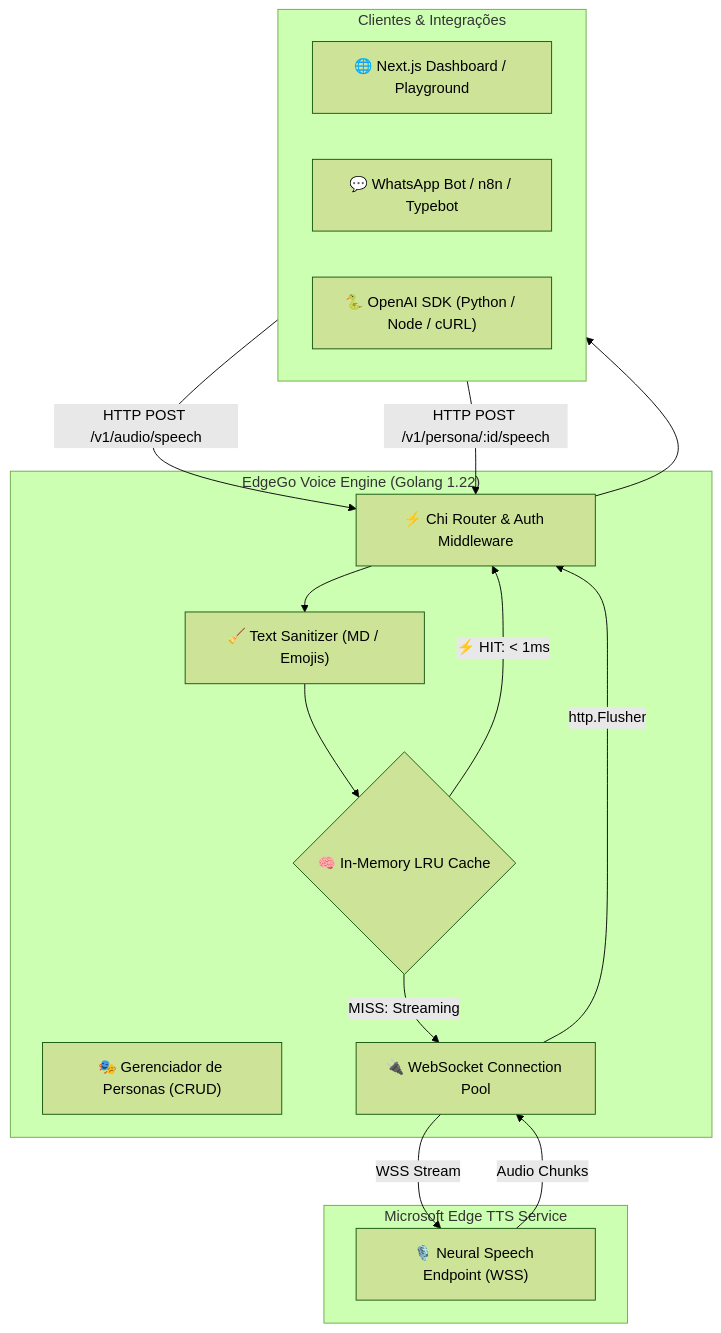
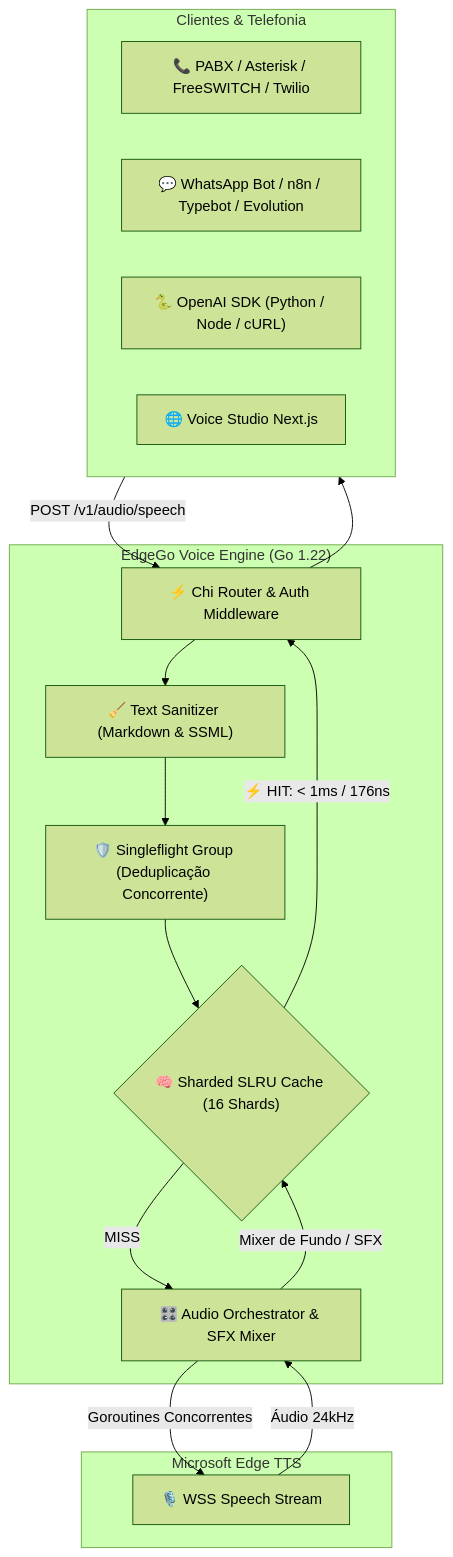
Before and after one commit to LuanAmaro/edgego-voice: the diagram in README.md, drawn with Mermaid (forest theme). The commit also changed other lines of this file and 2 other files, not shown here.

Commit message:
feat: implement high-performance SLRU cache with singleflight and update project documentation

````diff
--- a/README.md
+++ b/README.md
@@ -48,31 +100,32 @@
 ```mermaid
 flowchart TD
-    subgraph Clients ["Clientes & Integrações"]
-        UI["🌐 Next.js Dashboard / Playground"]
-        Bot["💬 WhatsApp Bot / n8n / Typebot"]
+    subgraph Clients ["Clientes & Telefonia"]
+        SIP["📞 PABX / Asterisk / FreeSWITCH / Twilio"]
+        Bot["💬 WhatsApp Bot / n8n / Typebot / Evolution"]
         SDK["🐍 OpenAI SDK (Python / Node / cURL)"]
+        UI["🌐 Voice Studio Next.js"]
     end
 
-    subgraph EdgeGo ["EdgeGo Voice Engine (Golang 1.22)"]
+    subgraph EdgeGo ["EdgeGo Voice Engine (Go 1.22)"]
         Router["⚡ Chi Router & Auth Middleware"]
-        Cache{"🧠 In-Memory LRU Cache"}
-        Personas["🎭 Gerenciador de Personas (CRUD)"]
-        Pool["🔌 WebSocket Connection Pool"]
-        Cleaner["🧹 Text Sanitizer (MD / Emojis)"]
+        SF["🛡️ Singleflight Group (Deduplicação Concorrente)"]
+        SLRU{"🧠 Sharded SLRU Cache (16 Shards)"}
+        Orchestrator["🎛️ Audio Orchestrator & SFX Mixer"]
+        Cleaner["🧹 Text Sanitizer (Markdown & SSML)"]
     end
 
-    subgraph Cloud ["Microsoft Edge TTS Service"]
-        MS["🎙️ Neural Speech Endpoint (WSS)"]
+    subgraph External ["Microsoft Edge TTS"]
+        WSS["🎙️ WSS Speech Stream"]
     end
 
-    Clients -->|HTTP POST /v1/audio/speech| Router
-    Clients -->|HTTP POST /v1/persona/:id/speech| Router
+    Clients -->|POST /v1/audio/speech| Router
     Router --> Cleaner
-    Cleaner --> Cache
-    Cache -->|⚡ HIT: < 1ms| Router
-    Cache -->|MISS: Streaming| Pool
-    Pool -->|WSS Stream| MS
-    MS -->|Audio Chunks| Pool
-    Pool -->|http.Flusher| Router
+    Cleaner --> SF
+    SF --> SLRU
+    SLRU -->|⚡ HIT: < 1ms / 176ns| Router
+    SLRU -->|MISS| Orchestrator
+    Orchestrator -->|Goroutines Concorrentes| WSS
+    WSS -->|Áudio 24kHz| Orchestrator
+    Orchestrator -->|Mixer de Fundo / SFX| SLRU
     Router --> Clients
 ```
````
